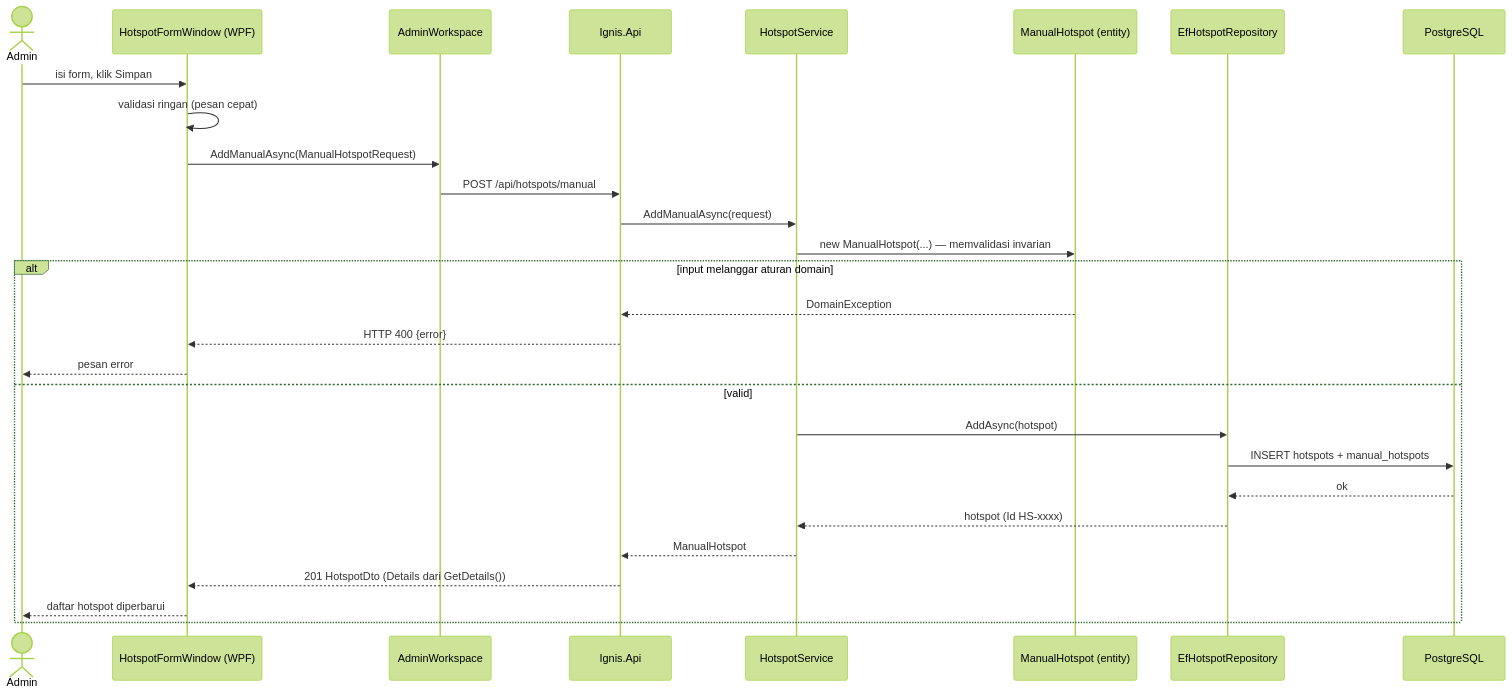
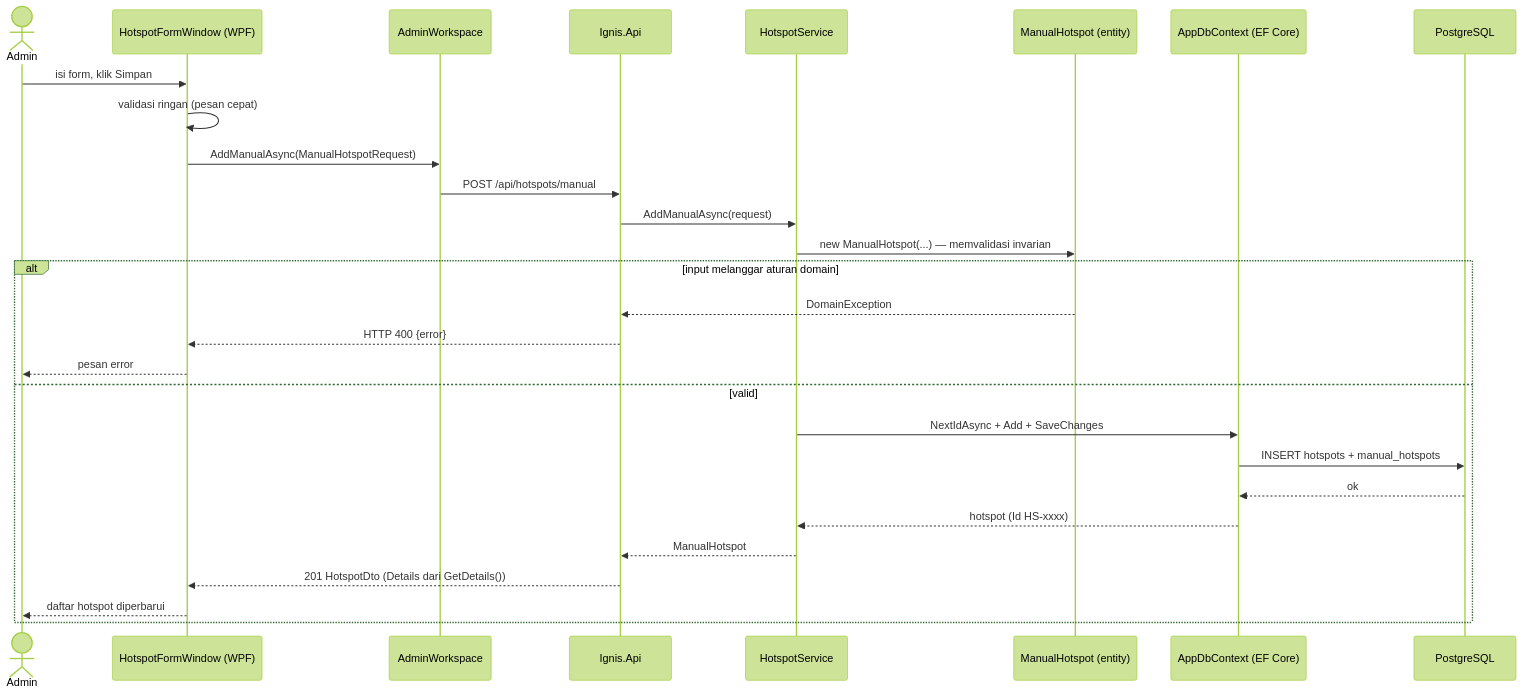
One commit to Palupifitrianingrum/Ignis changed the first of 2 diagrams in docs/oop-feature.md. Above: the diagram before and after it, drawn with Mermaid (forest theme). The commit also changed other lines of this file and 116 other files, not shown here.

First line of the commit message:
refactor(api): sederhanakan struktur menjadi Api, Frontend, Shared, Tests; tambah auth JWT/Google dan Id berbasis sequence

````diff
--- a/docs/oop-feature.md
+++ b/docs/oop-feature.md
@@ -20,31 +20,31 @@
 ```mermaid
 sequenceDiagram
     actor Admin
     participant FE as HotspotFormWindow (WPF)
     participant WS as AdminWorkspace
     participant API as Ignis.Api
     participant SVC as HotspotService
     participant ENT as ManualHotspot (entity)
-    participant REPO as EfHotspotRepository
+    participant REPO as AppDbContext (EF Core)
     participant DB as PostgreSQL
 
     Admin->>FE: isi form, klik Simpan
     FE->>FE: validasi ringan (pesan cepat)
     FE->>WS: AddManualAsync(ManualHotspotRequest)
     WS->>API: POST /api/hotspots/manual
     API->>SVC: AddManualAsync(request)
     SVC->>ENT: new ManualHotspot(...) — memvalidasi invarian
     alt input melanggar aturan domain
         ENT-->>API: DomainException
         API-->>FE: HTTP 400 {error}
         FE-->>Admin: pesan error
     else valid
-        SVC->>REPO: AddAsync(hotspot)
+        SVC->>REPO: NextIdAsync + Add + SaveChanges
         REPO->>DB: INSERT hotspots + manual_hotspots
         DB-->>REPO: ok
         REPO-->>SVC: hotspot (Id HS-xxxx)
         SVC-->>API: ManualHotspot
         API-->>FE: 201 HotspotDto (Details dari GetDetails())
         FE-->>Admin: daftar hotspot diperbarui
     end
 ```
````
